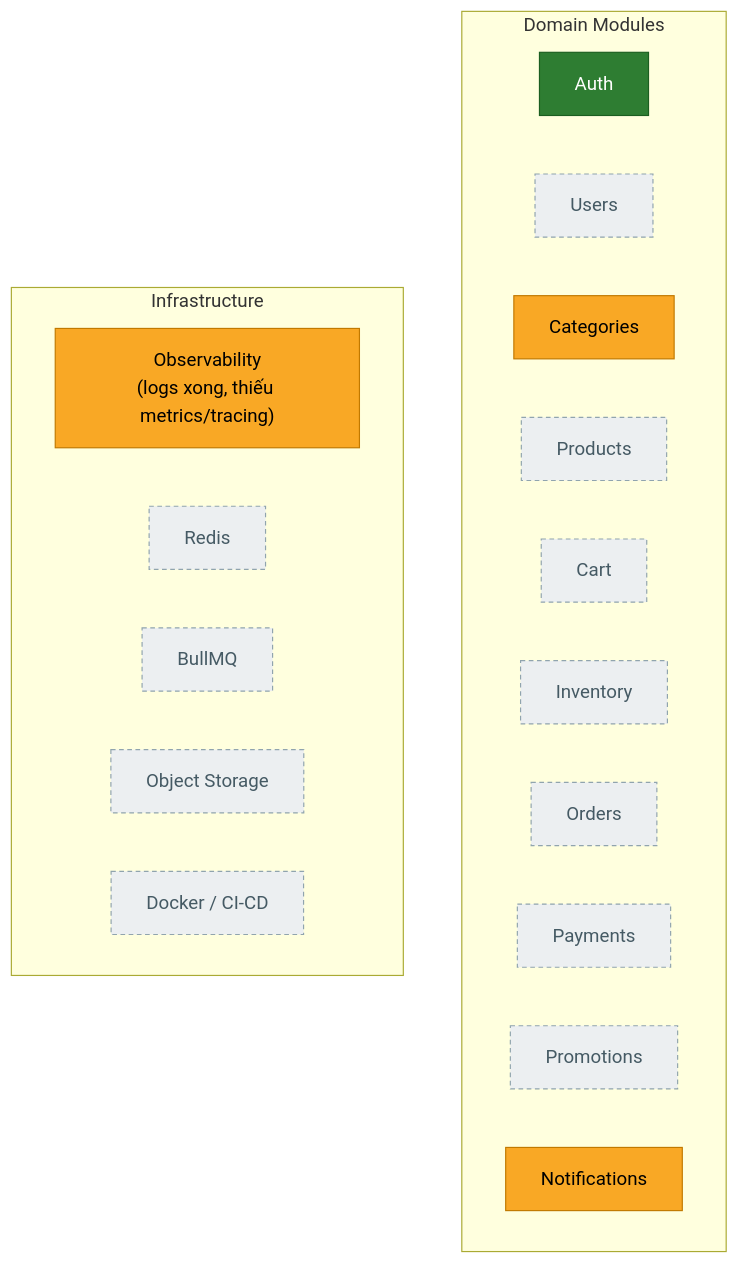
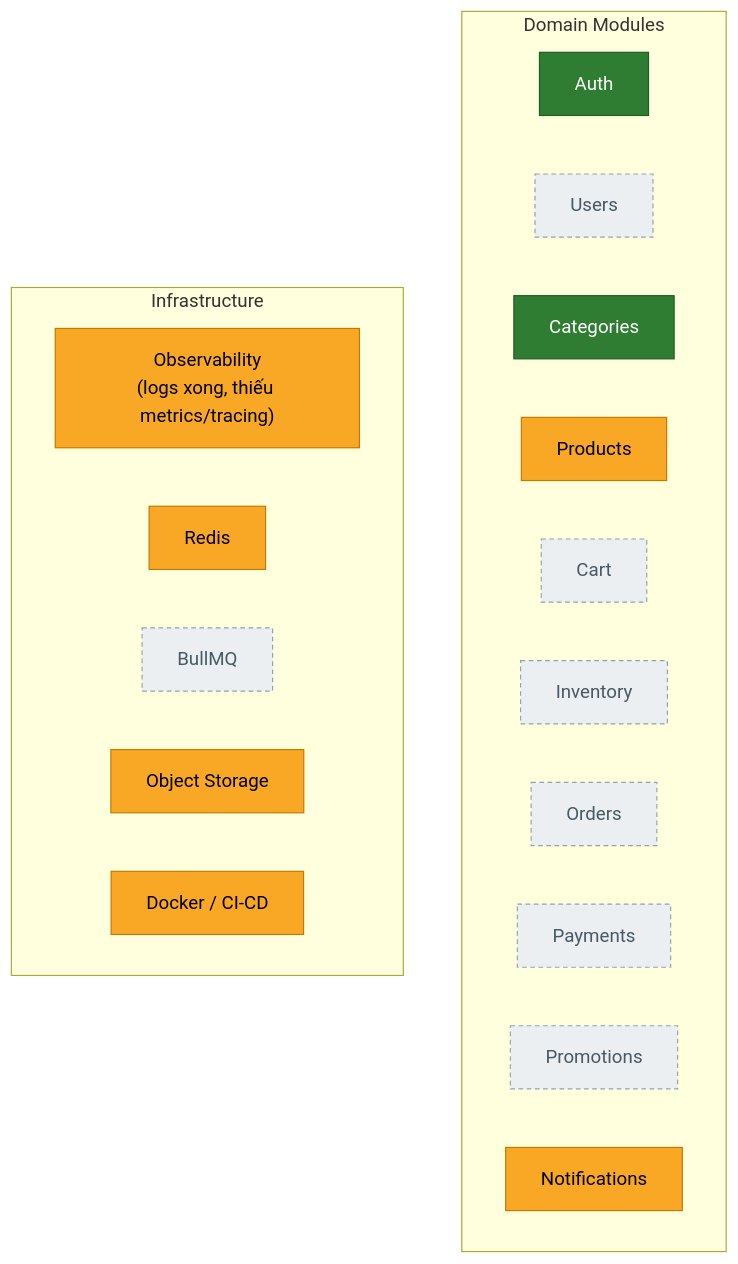
The first of 16 diagrams in docs/ecommerce-backend-architecture-system-design.md (LuongCongThanh/be-demo), drawn with Mermaid before and after one commit. The commit also changed other lines of this file and 58 other files, not shown here.

````diff
--- a/docs/ecommerce-backend-architecture-system-design.md
+++ b/docs/ecommerce-backend-architecture-system-design.md
@@ -45,32 +47,32 @@
 ```mermaid
 flowchart TB
     subgraph Domain["Domain Modules"]
         Auth["Auth"]
         Users["Users"]
         Categories["Categories"]
         Products["Products"]
         Cart["Cart"]
         Inventory["Inventory"]
         Orders["Orders"]
         Payments["Payments"]
         Promotions["Promotions"]
         Notifications["Notifications"]
     end
 
     subgraph Infra["Infrastructure"]
         Observability["Observability<br/>(logs xong, thiếu metrics/tracing)"]
         Redis["Redis"]
         Queue["BullMQ"]
         Storage["Object Storage"]
         DockerCI["Docker / CI-CD"]
     end
 
     classDef done fill:#2e7d32,color:#fff,stroke:#1b5e20;
     classDef partial fill:#f9a825,color:#000,stroke:#c17900;
     classDef missing fill:#eceff1,color:#455a64,stroke:#90a4ae,stroke-dasharray: 4 3;
 
-    class Auth done;
-    class Categories,Notifications,Observability partial;
-    class Users,Products,Cart,Inventory,Orders,Payments,Promotions missing;
-    class Redis,Queue,Storage,DockerCI missing;
+    class Auth,Categories done;
+    class Products,Notifications,Observability,Redis,Storage,DockerCI partial;
+    class Users,Cart,Inventory,Orders,Payments,Promotions missing;
+    class Queue missing;
 ```
````
